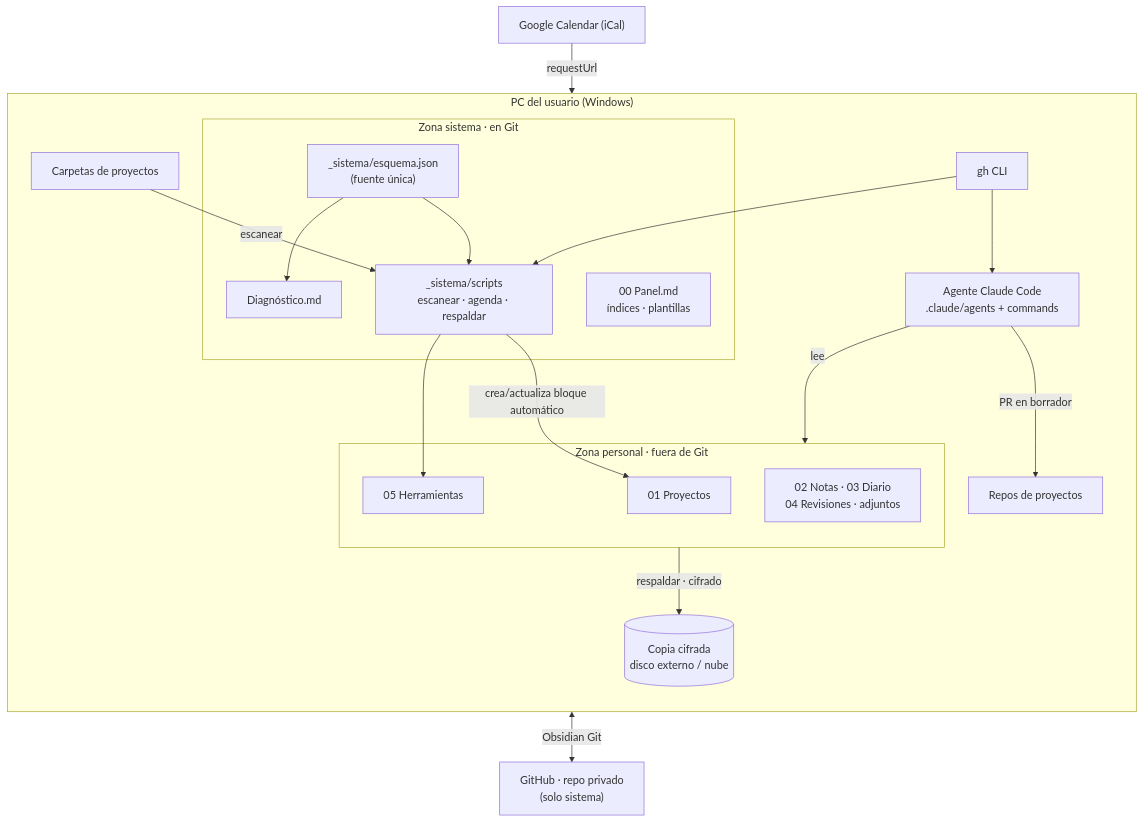
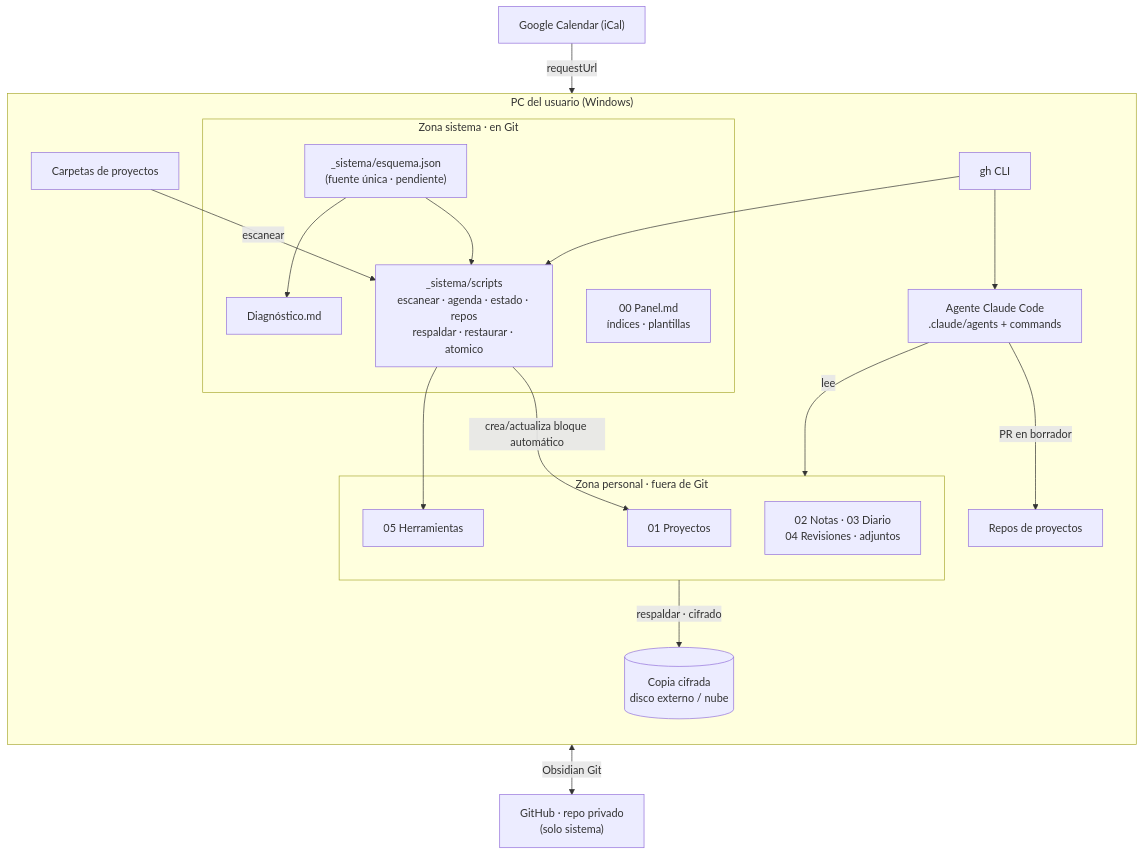
One commit to jmstudio14/cerebrojm changed the first of 2 diagrams in docs/architecture/TARGET-ARCHITECTURE.md. Above: the diagram before and after it, drawn with Mermaid. The commit also changed other lines of this file and 17 other files, not shown here.

````diff
--- a/docs/architecture/TARGET-ARCHITECTURE.md
+++ b/docs/architecture/TARGET-ARCHITECTURE.md
@@ -8,29 +8,29 @@
 ```mermaid
 flowchart TB
     subgraph PC["PC del usuario (Windows)"]
         direction TB
         subgraph SIS["Zona sistema · en Git"]
             PANEL["00 Panel.md<br/>índices · plantillas"]
-            ESQ["_sistema/esquema.json<br/>(fuente única)"]
-            SCR["_sistema/scripts<br/>escanear · agenda · respaldar"]
+            ESQ["_sistema/esquema.json<br/>(fuente única · pendiente)"]
+            SCR["_sistema/scripts<br/>escanear · agenda · estado · repos<br/>respaldar · restaurar · atomico"]
             DIAG["Diagnóstico.md"]
         end
         subgraph PER["Zona personal · fuera de Git"]
             PROY["01 Proyectos"]
             HERR["05 Herramientas"]
             NOTAS["02 Notas · 03 Diario<br/>04 Revisiones · adjuntos"]
         end
         CARP["Carpetas de proyectos"] -->|escanear| SCR
         SCR -->|crea/actualiza bloque automático| PROY
         SCR --> HERR
         ESQ --> SCR
         ESQ --> DIAG
         PER -->|"respaldar · cifrado"| BAK[("Copia cifrada<br/>disco externo / nube")]
         AG["Agente Claude Code<br/>.claude/agents + commands"] -->|lee| PER
         AG -->|PR en borrador| REPOS["Repos de proyectos"]
         GH["gh CLI"] --> SCR
         GH --> AG
     end
     SIS <-->|Obsidian Git| GITHUB["GitHub · repo privado<br/>(solo sistema)"]
     ICAL["Google Calendar (iCal)"] -->|requestUrl| SCR
 ```
````
